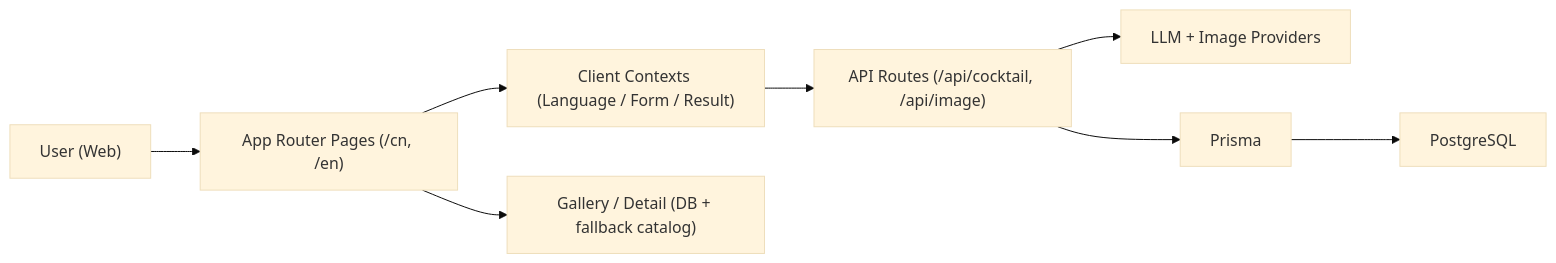
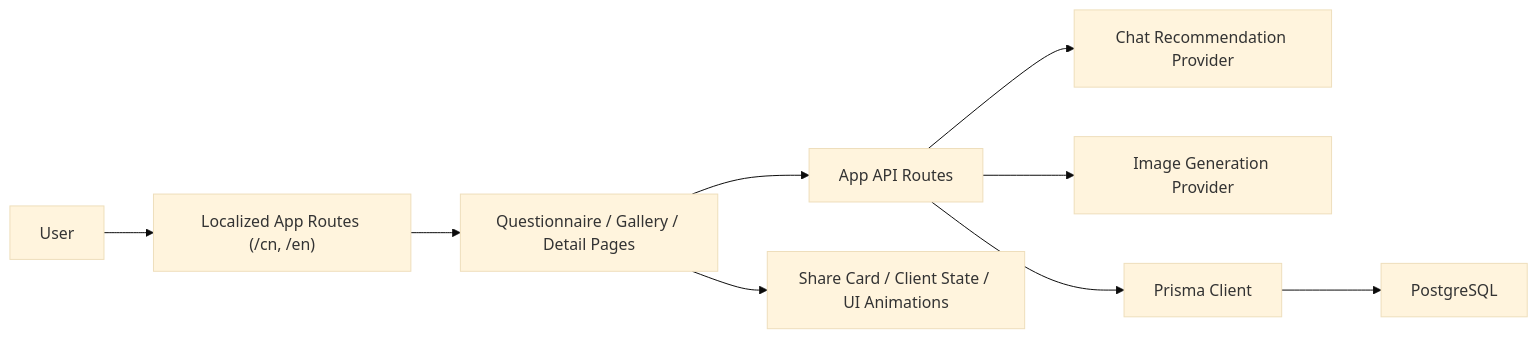
Before and after one commit to Tendo33/MoodShakerFront: the diagram in README.md, drawn with Mermaid (base theme). The commit also changed other lines of this file and 6 other files, not shown here.

````diff
--- a/README.md
+++ b/README.md
@@ -43,10 +116,11 @@
 ```mermaid
 flowchart LR
-  A["User (Web)"] --> B["App Router Pages (/cn, /en)"]
-  B --> C["Client Contexts (Language / Form / Result)"]
-  C --> D["API Routes (/api/cocktail, /api/image)"]
-  D --> E["LLM + Image Providers"]
-  D --> F["Prisma"]
-  F --> G["PostgreSQL"]
-  B --> H["Gallery / Detail (DB + fallback catalog)"]
+  A["User"] --> B["Localized App Routes (/cn, /en)"]
+  B --> C["Questionnaire / Gallery / Detail Pages"]
+  C --> D["App API Routes"]
+  D --> E["Chat Recommendation Provider"]
+  D --> F["Image Generation Provider"]
+  D --> G["Prisma Client"]
+  G --> H["PostgreSQL"]
+  C --> I["Share Card / Client State / UI Animations"]
 ```
````
